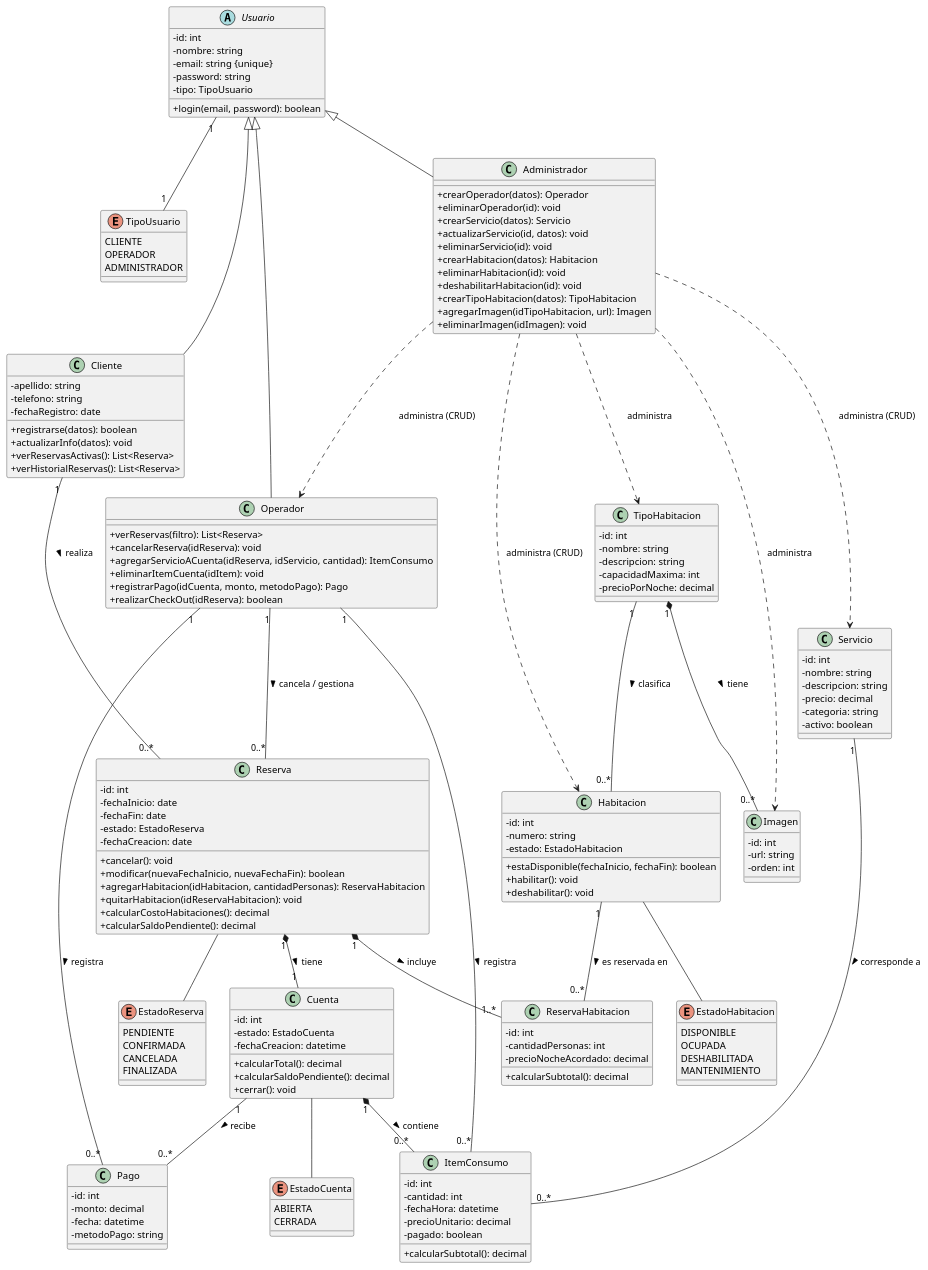
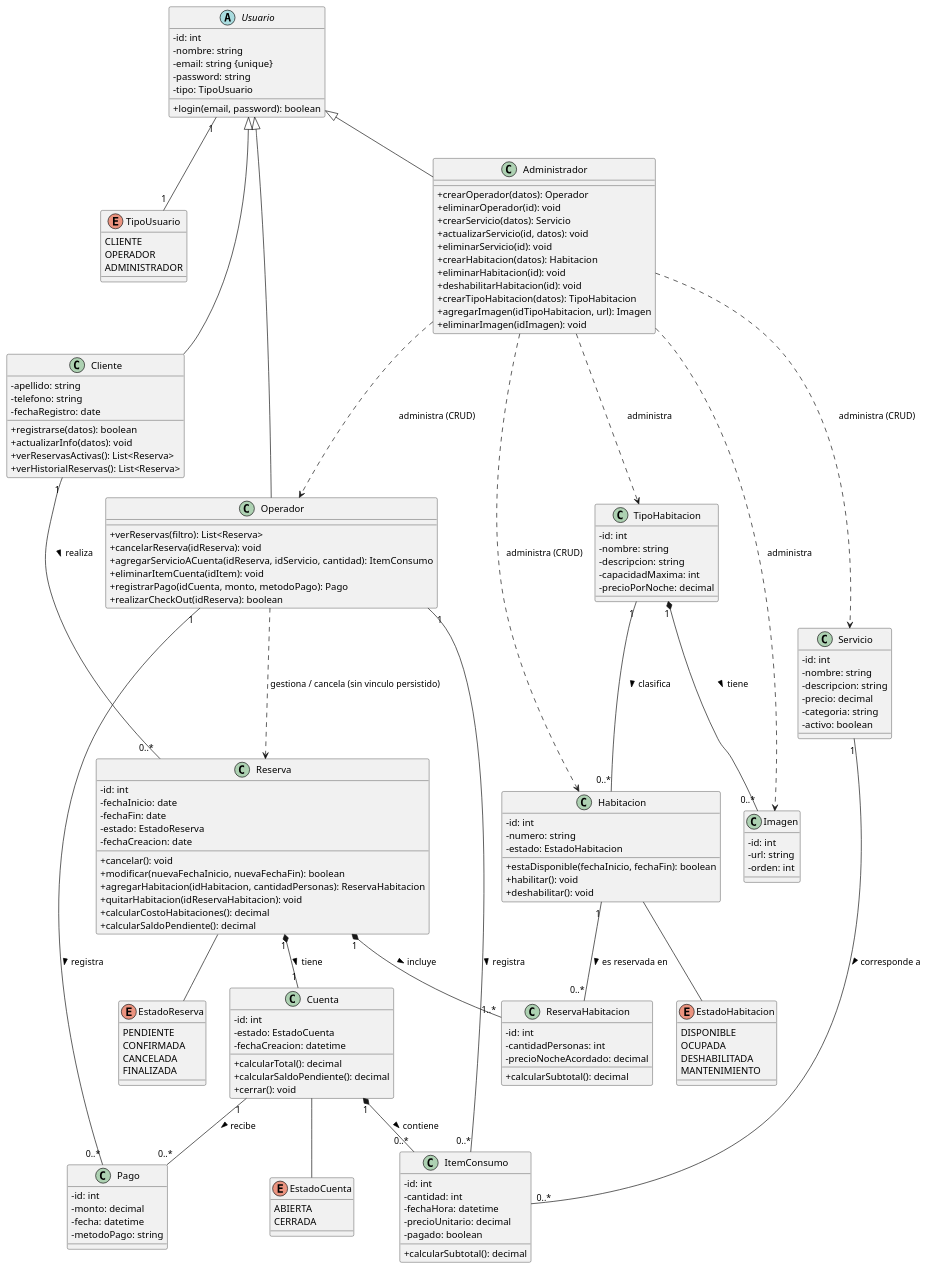
The diagram in Docs/diagrama_clases_hotel.puml (Jose-Villarroel/TheRoyale), drawn with PlantUML before and after one commit. The commit also changed 16 other files, not shown here.

```diff
--- a/Docs/diagrama_clases_hotel.puml
+++ b/Docs/diagrama_clases_hotel.puml
@@ -1,181 +1,181 @@
 @startuml DiagramaClasesTheRoyale
 skinparam classAttributeIconSize 0
 
 enum EstadoReserva {
   PENDIENTE
   CONFIRMADA
   CANCELADA
   FINALIZADA
 }
 
 enum EstadoHabitacion {
   DISPONIBLE
   OCUPADA
   DESHABILITADA
   MANTENIMIENTO
 }
 
 enum EstadoCuenta {
   ABIERTA
   CERRADA
 }
 
 enum TipoUsuario {
   CLIENTE
   OPERADOR
   ADMINISTRADOR
 }
 
 abstract class Usuario {
   -id: int
   -nombre: string
   -email: string {unique}
   -password: string
   -tipo: TipoUsuario
   +login(email, password): boolean
 }
 
 class Cliente extends Usuario {
   -apellido: string
   -telefono: string
   -fechaRegistro: date
   +registrarse(datos): boolean
   +actualizarInfo(datos): void
   +verReservasActivas(): List<Reserva>
   +verHistorialReservas(): List<Reserva>
 }
 
 class Operador extends Usuario {
   +verReservas(filtro): List<Reserva>
   +cancelarReserva(idReserva): void
   +agregarServicioACuenta(idReserva, idServicio, cantidad): ItemConsumo
   +eliminarItemCuenta(idItem): void
   +registrarPago(idCuenta, monto, metodoPago): Pago
   +realizarCheckOut(idReserva): boolean
 }
 
 class Administrador extends Usuario {
   +crearOperador(datos): Operador
   +eliminarOperador(id): void
   +crearServicio(datos): Servicio
   +actualizarServicio(id, datos): void
   +eliminarServicio(id): void
   +crearHabitacion(datos): Habitacion
   +eliminarHabitacion(id): void
   +deshabilitarHabitacion(id): void
   +crearTipoHabitacion(datos): TipoHabitacion
   +agregarImagen(idTipoHabitacion, url): Imagen
   +eliminarImagen(idImagen): void
 }
 
 Usuario "1" -- "1" TipoUsuario
 
 class TipoHabitacion {
   -id: int
   -nombre: string
   -descripcion: string
   -capacidadMaxima: int
   -precioPorNoche: decimal
 }
 
 class Imagen {
   -id: int
   -url: string
   -orden: int
 }
 
 class Habitacion {
   -id: int
   -numero: string
   -estado: EstadoHabitacion
   +estaDisponible(fechaInicio, fechaFin): boolean
   +habilitar(): void
   +deshabilitar(): void
 }
 
 class Reserva {
   -id: int
   -fechaInicio: date
   -fechaFin: date
   -estado: EstadoReserva
   -fechaCreacion: date
   +cancelar(): void
   +modificar(nuevaFechaInicio, nuevaFechaFin): boolean
   +agregarHabitacion(idHabitacion, cantidadPersonas): ReservaHabitacion
   +quitarHabitacion(idReservaHabitacion): void
   +calcularCostoHabitaciones(): decimal
   +calcularSaldoPendiente(): decimal
 }
 
 class ReservaHabitacion {
   -id: int
   -cantidadPersonas: int
   -precioNocheAcordado: decimal
   +calcularSubtotal(): decimal
 }
 
 class Cuenta {
   -id: int
   -estado: EstadoCuenta
   -fechaCreacion: datetime
   +calcularTotal(): decimal
   +calcularSaldoPendiente(): decimal
   +cerrar(): void
 }
 
 class Pago {
   -id: int
   -monto: decimal
   -fecha: datetime
   -metodoPago: string
 }
 
 class Servicio {
   -id: int
   -nombre: string
   -descripcion: string
   -precio: decimal
   -categoria: string
   -activo: boolean
 }
 
 class ItemConsumo {
   -id: int
   -cantidad: int
   -fechaHora: datetime
   -precioUnitario: decimal
   -pagado: boolean
   +calcularSubtotal(): decimal
 }
 
 ' ---- Relaciones ----
 Cliente "1" -- "0..*" Reserva : realiza >
 
 TipoHabitacion "1" -- "0..*" Habitacion : clasifica >
 TipoHabitacion "1" *-- "0..*" Imagen : tiene >
 
 Reserva "1" *-- "1..*" ReservaHabitacion : incluye >
 Habitacion "1" -- "0..*" ReservaHabitacion : es reservada en >
 
 Reserva "1" *-- "1" Cuenta : tiene >
 
 Cuenta "1" *-- "0..*" ItemConsumo : contiene >
 Cuenta "1" -- "0..*" Pago : recibe >
 
 Servicio "1" -- "0..*" ItemConsumo : corresponde a >
 
 Operador "1" -- "0..*" ItemConsumo : registra >
 Operador "1" -- "0..*" Pago : registra >
-Operador "1" -- "0..*" Reserva : cancela / gestiona >
+Operador ..> Reserva : gestiona / cancela (sin vinculo persistido)
 
 Administrador ..> Operador : administra (CRUD)
 Administrador ..> Servicio : administra (CRUD)
 Administrador ..> Habitacion : administra (CRUD)
 Administrador ..> TipoHabitacion : administra
 Administrador ..> Imagen : administra
 
 Habitacion -- EstadoHabitacion
 Reserva -- EstadoReserva
 Cuenta -- EstadoCuenta
 
 @enduml
```
